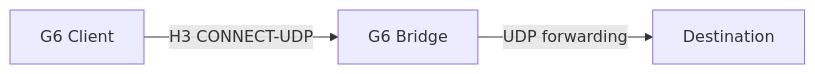
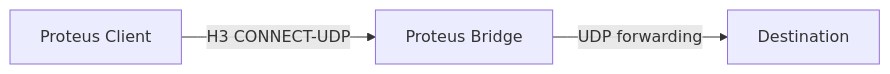
Before and after one commit to Icarus603/network-from-scratch: the third of 3 diagrams in lessons/part-10-traffic-analysis/10.8-connection-vs-app-disguise.md, drawn with Mermaid. The commit also changed other lines of this file and 300 other files, not shown here.

````diff
--- a/lessons/part-10-traffic-analysis/10.8-connection-vs-app-disguise.md
+++ b/lessons/part-10-traffic-analysis/10.8-connection-vs-app-disguise.md
@@ -176,7 +176,7 @@
 ```mermaid
 flowchart LR
-    C[G6 Client] -->|H3 CONNECT-UDP| B[G6 Bridge]
+    C[Proteus Client] -->|H3 CONNECT-UDP| B[Proteus Bridge]
     B -->|UDP forwarding| E[Destination]
     
     classDef ours fill:#fde,stroke:#c39
 ```
````
